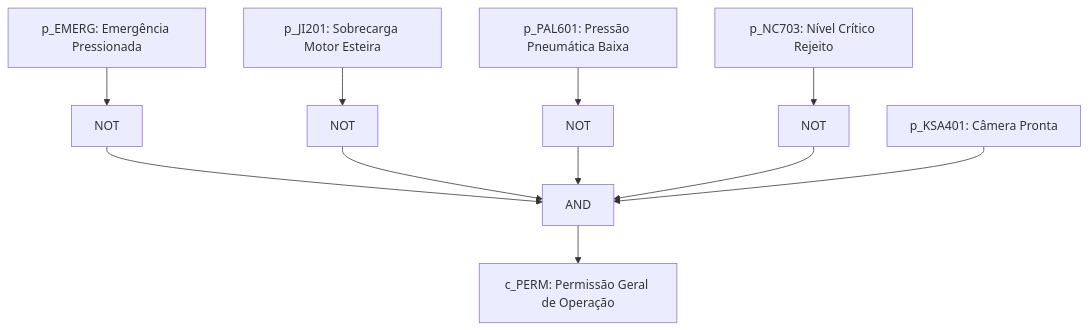
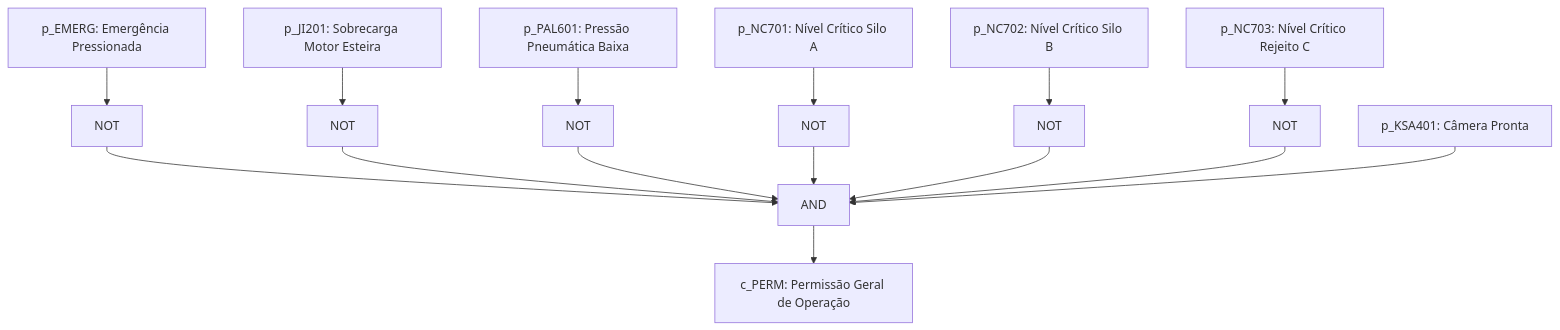
The second of 6 diagrams in etapa-01-logica/04 - Logica Proposicional Conectivos e Permissivos.md (felipeconradovidal/SCADA-Core_Automatica_GRUPO4), drawn with Mermaid before and after one commit. The commit also changed other lines of this file and 24 other files, not shown here.

````diff
--- a/etapa-01-logica/04 - Logica Proposicional Conectivos e Permissivos.md
+++ b/etapa-01-logica/04 - Logica Proposicional Conectivos e Permissivos.md
@@ -161,29 +161,37 @@
 ```mermaid
 graph TD
     EMERG[p_EMERG: Emergência Pressionada]
     JI201[p_JI201: Sobrecarga Motor Esteira]
     PAL601[p_PAL601: Pressão Pneumática Baixa]
-    NC703[p_NC703: Nível Crítico Rejeito]
+    NC701[p_NC701: Nível Crítico Silo A]
+    NC702[p_NC702: Nível Crítico Silo B]
+    NC703[p_NC703: Nível Crítico Rejeito C]
     KSA401[p_KSA401: Câmera Pronta]
 
     NOT_EMERG[NOT]
     NOT_JI201[NOT]
     NOT_PAL601[NOT]
+    NOT_NC701[NOT]
+    NOT_NC702[NOT]
     NOT_NC703[NOT]
 
     AND_PERM[AND]
     PERM[c_PERM: Permissão Geral de Operação]
 
     EMERG --> NOT_EMERG
     JI201 --> NOT_JI201
     PAL601 --> NOT_PAL601
+    NC701 --> NOT_NC701
+    NC702 --> NOT_NC702
     NC703 --> NOT_NC703
 
     NOT_EMERG --> AND_PERM
     NOT_JI201 --> AND_PERM
     NOT_PAL601 --> AND_PERM
+    NOT_NC701 --> AND_PERM
+    NOT_NC702 --> AND_PERM
     NOT_NC703 --> AND_PERM
     KSA401 --> AND_PERM
 
     AND_PERM --> PERM
 ```
````
